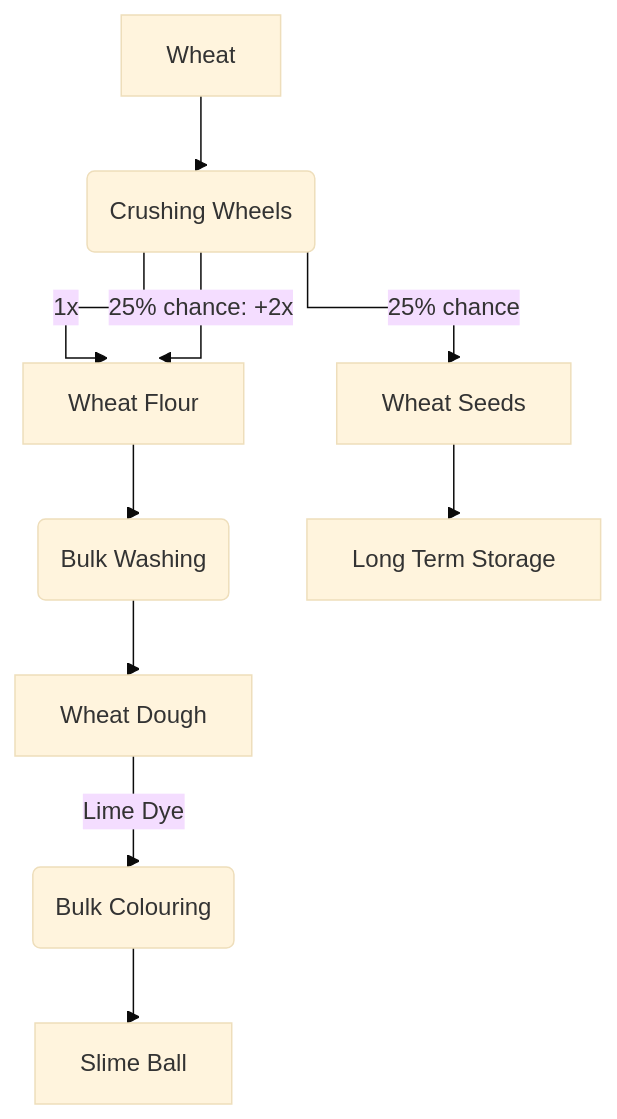
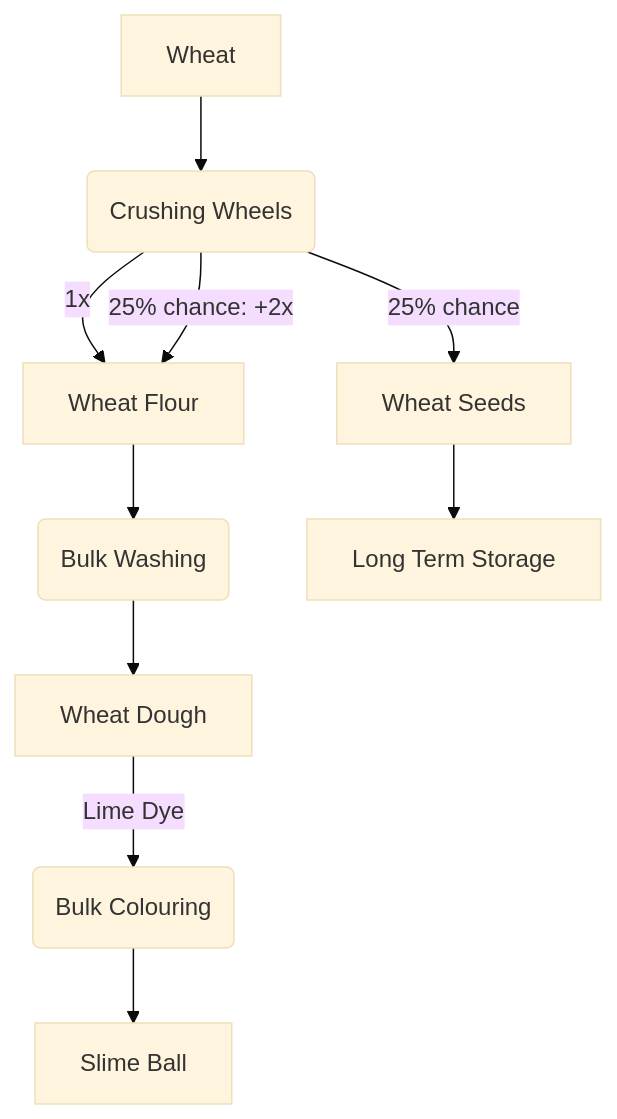
The diagram in content/Recipes/Slime Balls.md (AltriusRS/create-docs-2), drawn with Mermaid (base theme) before and after one commit. The commit also changed 1 other file, not shown here.

Commit message:
Remove mermaid frontmatter

````diff
--- a/content/Recipes/Slime Balls.md
+++ b/content/Recipes/Slime Balls.md
@@ -11,25 +11,23 @@
 ```mermaid
-%%{ init: { 'flowchart': { 'curve': 'stepBefore' } } }%%
-
 flowchart TD
     Wheat[Wheat]
     Crush(Crushing Wheels)
     Flour[Wheat Flour]
     Seeds[Wheat Seeds]
     Wash(Bulk Washing)
     Dough[Wheat Dough]
     Storage[Long Term Storage]
     Colour(Bulk Colouring)
     Slime[Slime Ball]
 
     Wheat --> Crush
     Crush -->|1x| Flour
     Crush -->|25% chance: +2x| Flour
     Crush -->|25% chance| Seeds
     Seeds --> Storage
     Flour --> Wash
     Wash --> Dough
     Dough -->|Lime Dye| Colour
     Colour --> Slime
 
 ```
````
